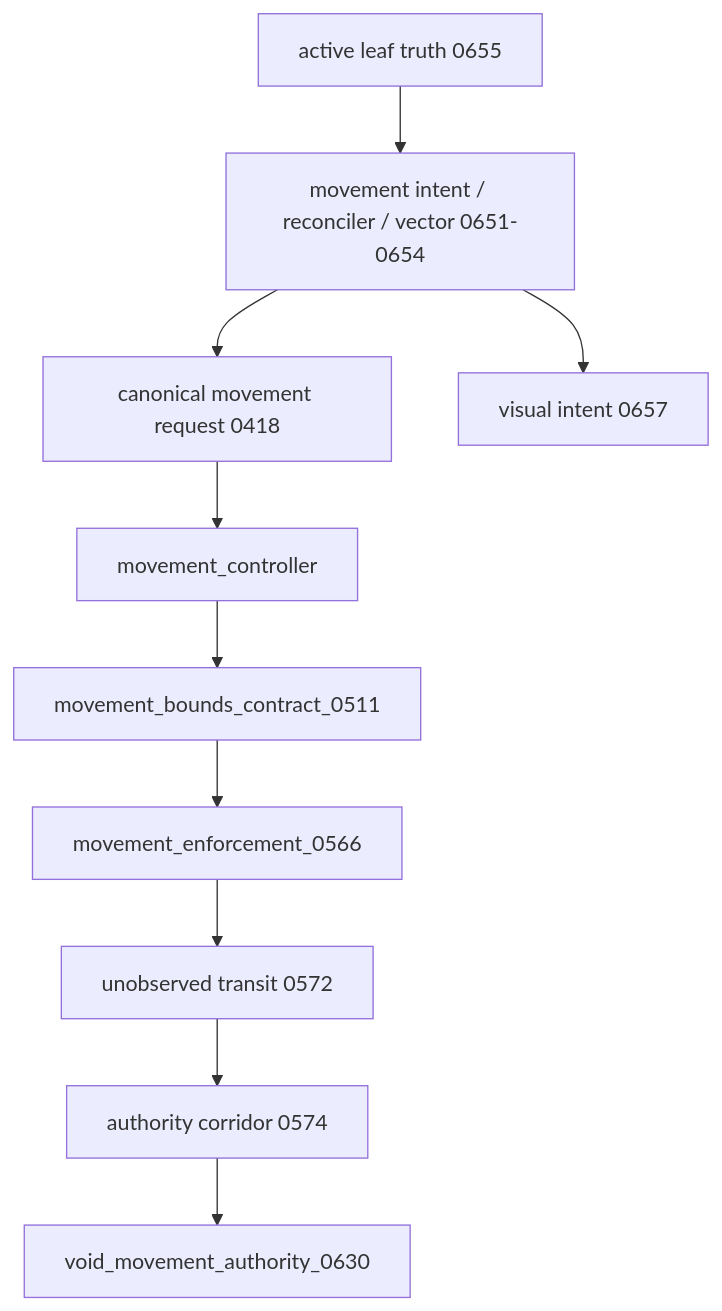
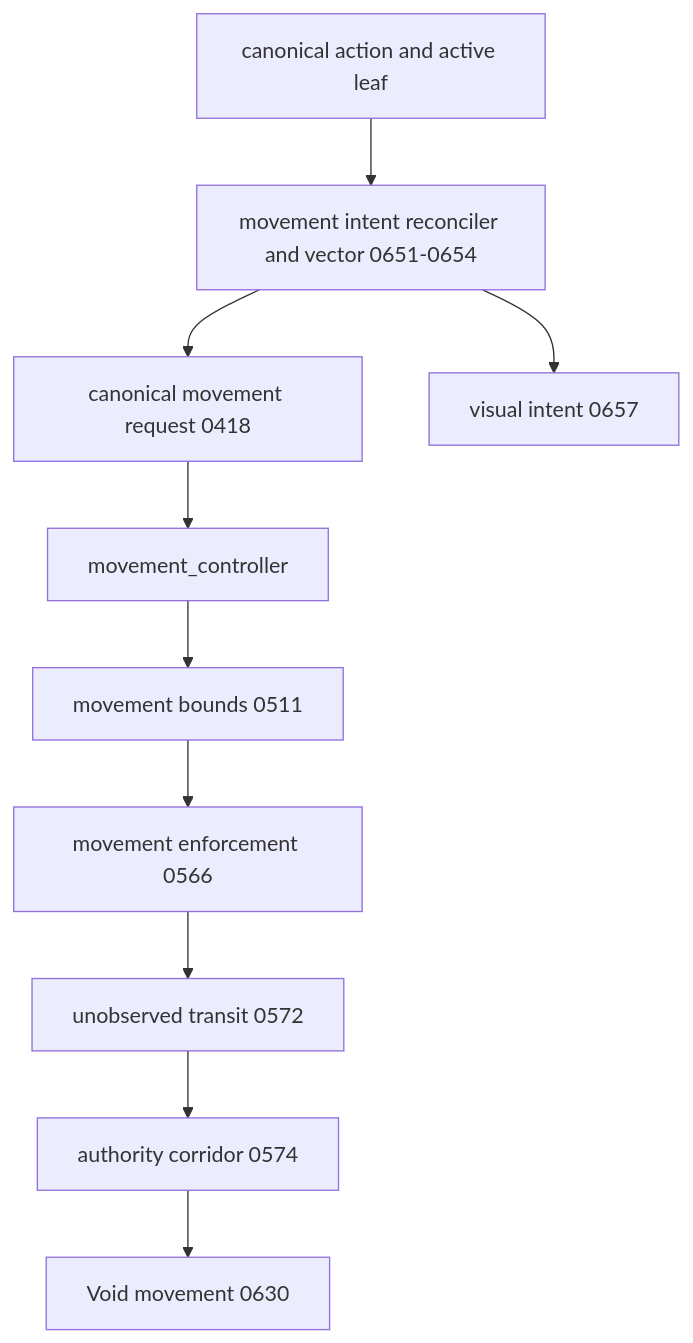
Before and after one commit to mrcalzon02/Tech-Priests: diagram 12 of 14 in docs/RECOVERY_AUTHORITY_MAP_CURRENT.md, drawn with Mermaid. The commit also changed other lines of this file, not shown here.

````diff
--- a/docs/RECOVERY_AUTHORITY_MAP_CURRENT.md
+++ b/docs/RECOVERY_AUTHORITY_MAP_CURRENT.md
@@ -201,16 +327,16 @@
 ```mermaid
 flowchart TD
-    Leaf[active leaf truth 0655]
-    Intent[movement intent / reconciler / vector 0651-0654]
+    Action[canonical action and active leaf]
+    Intent[movement intent reconciler and vector 0651-0654]
     Request[canonical movement request 0418]
     Controller[movement_controller]
-    Bounds[movement_bounds_contract_0511]
-    Enforcement[movement_enforcement_0566]
+    Bounds[movement bounds 0511]
+    Enforcement[movement enforcement 0566]
     Economy[unobserved transit 0572]
     Corridor[authority corridor 0574]
-    Void[void_movement_authority_0630]
+    Void[Void movement 0630]
     Visual[visual intent 0657]
 
-    Leaf --> Intent --> Request --> Controller --> Bounds --> Enforcement --> Economy --> Corridor --> Void
+    Action --> Intent --> Request --> Controller --> Bounds --> Enforcement --> Economy --> Corridor --> Void
     Intent --> Visual
 ```
````
